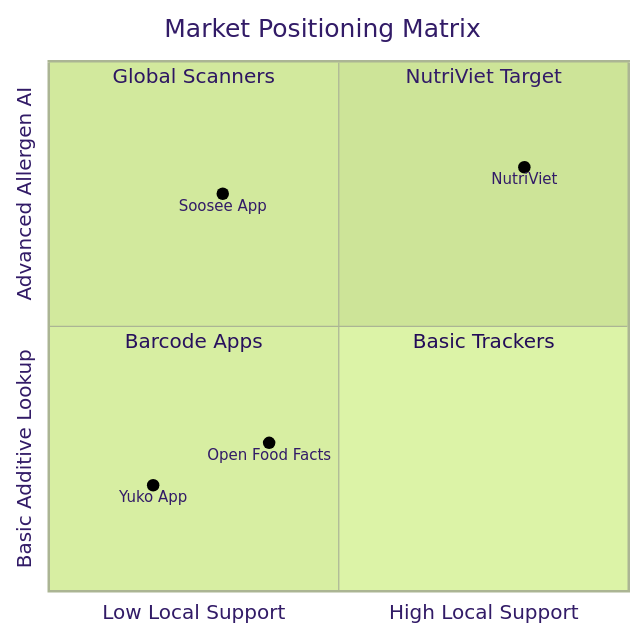
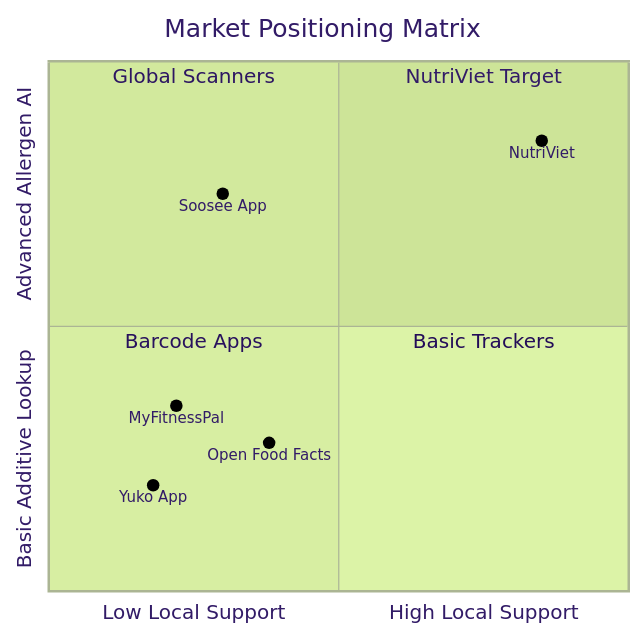
The diagram in docs/requirements/vision.md (cornne/NutriViet_CNPM), drawn with Mermaid (forest theme) before and after one commit. The commit also changed other lines of this file and 24 other files, not shown here.

````diff
--- a/docs/requirements/vision.md
+++ b/docs/requirements/vision.md
@@ -93,14 +120,15 @@
 ```mermaid
 quadrantChart
     title Market Positioning Matrix
     x-axis Low Local Support --> High Local Support
     y-axis Basic Additive Lookup --> Advanced Allergen AI
     quadrant-1 NutriViet Target
     quadrant-2 Global Scanners
     quadrant-3 Barcode Apps
     quadrant-4 Basic Trackers
     "Yuko App": [0.18, 0.20]
     "Open Food Facts": [0.38, 0.28]
     "Soosee App": [0.30, 0.75]
-    "NutriViet": [0.82, 0.80]
+    "MyFitnessPal": [0.22, 0.35]
+    "NutriViet": [0.85, 0.85]
 ```
````
